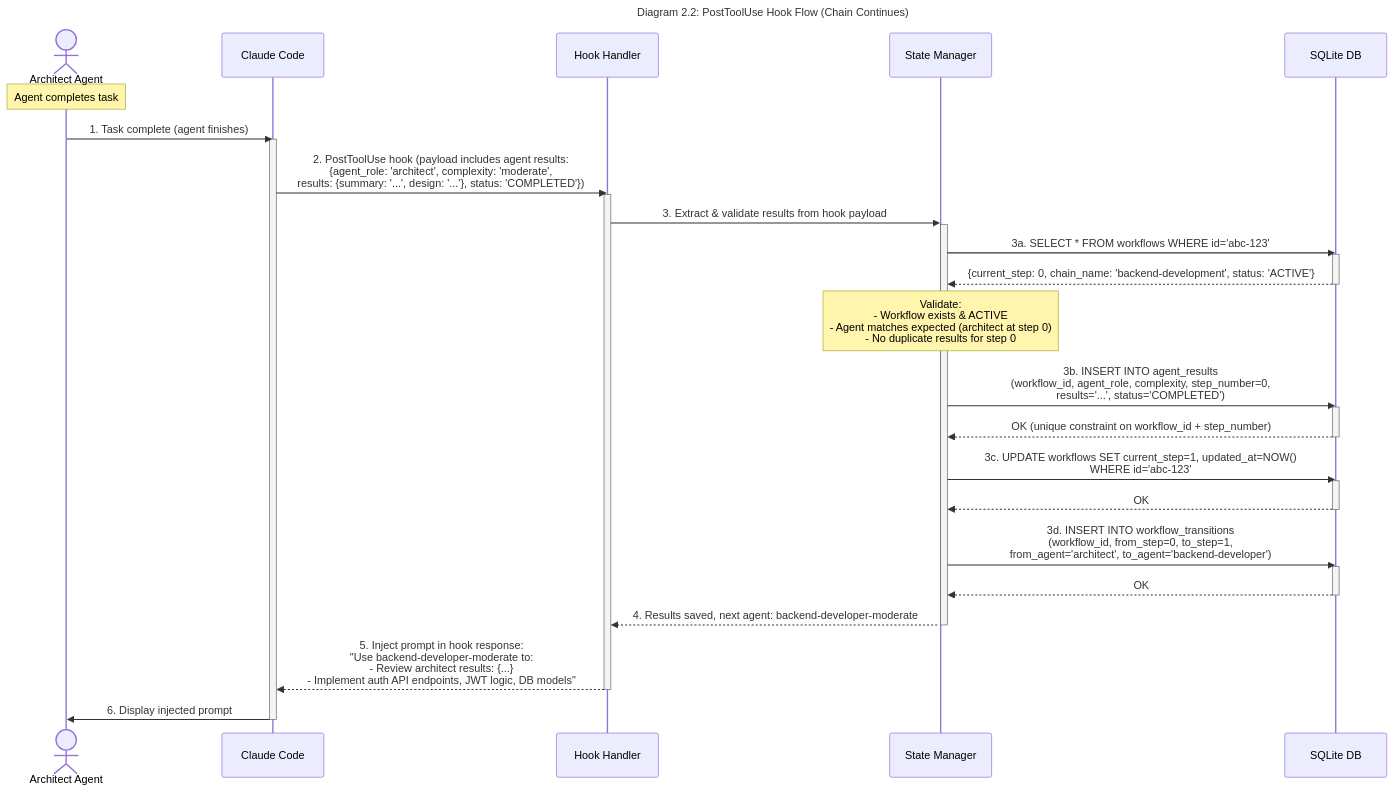
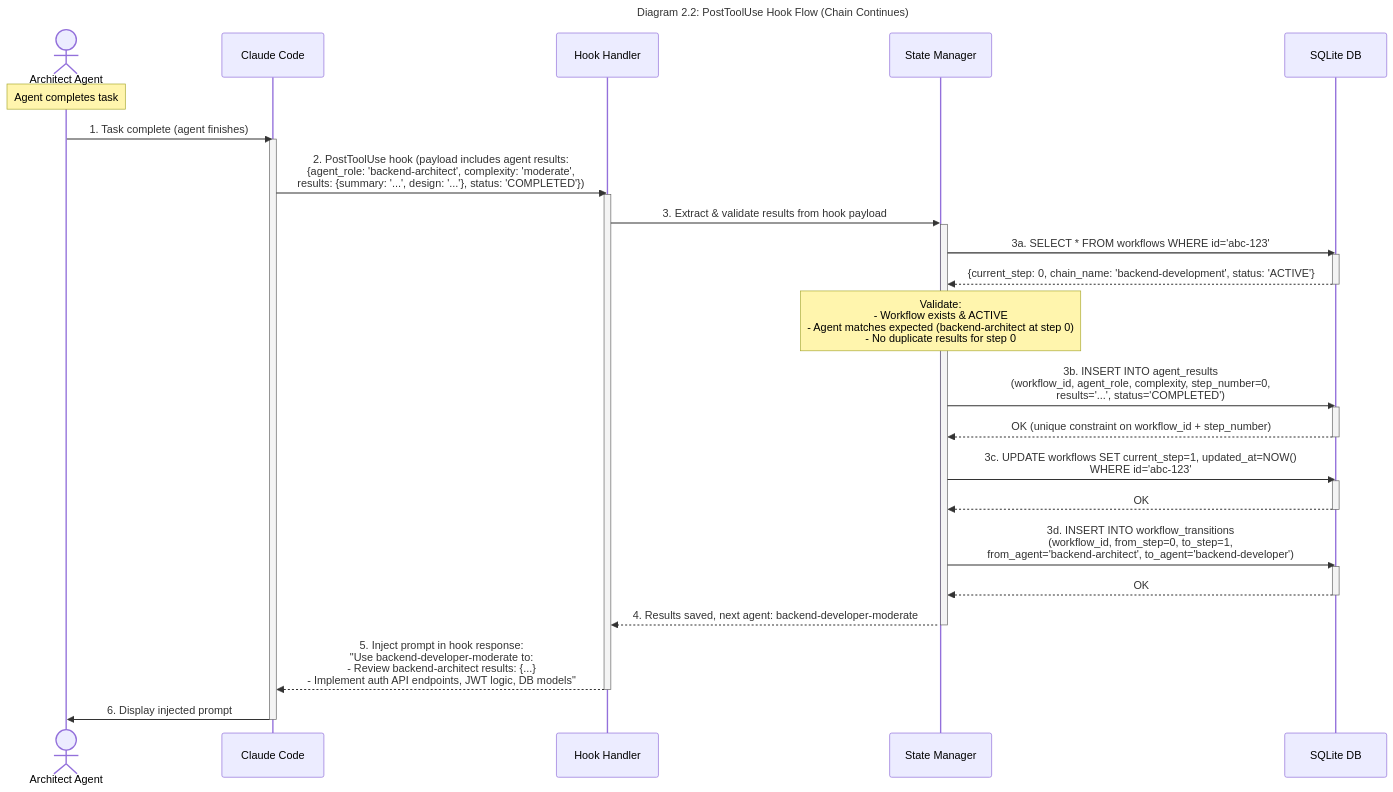
The sixth of 11 diagrams in docs/architecture.md (drevispas/ccorch), drawn with Mermaid before and after one commit. The commit also changed other lines of this file and 4 other files, not shown here.

First line of the commit message:
docs: clarify architect role references as backend-architect or frontend-architect

````diff
--- a/docs/architecture.md
+++ b/docs/architecture.md
@@ -373,52 +375,52 @@
 ```mermaid
 ---
 title: "Diagram 2.2: PostToolUse Hook Flow (Chain Continues)"
 ---
 sequenceDiagram
     actor Agent as Architect Agent
     participant CC as Claude Code
     participant Hook as Hook Handler
     participant StateMgr as State Manager
     participant DB as SQLite DB
 
     Note over Agent: Agent completes task
 
     Agent->>CC: 1. Task complete (agent finishes)
     activate CC
-    CC->>Hook: 2. PostToolUse hook (payload includes agent results:<br/>{agent_role: 'architect', complexity: 'moderate',<br/>results: {summary: '...', design: '...'}, status: 'COMPLETED'})
+    CC->>Hook: 2. PostToolUse hook (payload includes agent results:<br/>{agent_role: 'backend-architect', complexity: 'moderate',<br/>results: {summary: '...', design: '...'}, status: 'COMPLETED'})
     activate Hook
 
     Hook->>StateMgr: 3. Extract & validate results from hook payload
     activate StateMgr
 
     activate StateMgr
     StateMgr->>DB: 3a. SELECT * FROM workflows WHERE id='abc-123'
     activate DB
     DB-->>StateMgr: {current_step: 0, chain_name: 'backend-development', status: 'ACTIVE'}
     deactivate DB
 
-    Note over StateMgr: Validate:<br/>- Workflow exists & ACTIVE<br/>- Agent matches expected (architect at step 0)<br/>- No duplicate results for step 0
+    Note over StateMgr: Validate:<br/>- Workflow exists & ACTIVE<br/>- Agent matches expected (backend-architect at step 0)<br/>- No duplicate results for step 0
 
     StateMgr->>DB: 3b. INSERT INTO agent_results<br/>(workflow_id, agent_role, complexity, step_number=0,<br/>results='...', status='COMPLETED')
     activate DB
     DB-->>StateMgr: OK (unique constraint on workflow_id + step_number)
     deactivate DB
 
     StateMgr->>DB: 3c. UPDATE workflows SET current_step=1, updated_at=NOW()<br/>WHERE id='abc-123'
     activate DB
     DB-->>StateMgr: OK
     deactivate DB
 
-    StateMgr->>DB: 3d. INSERT INTO workflow_transitions<br/>(workflow_id, from_step=0, to_step=1,<br/>from_agent='architect', to_agent='backend-developer')
+    StateMgr->>DB: 3d. INSERT INTO workflow_transitions<br/>(workflow_id, from_step=0, to_step=1,<br/>from_agent='backend-architect', to_agent='backend-developer')
     activate DB
     DB-->>StateMgr: OK
     deactivate DB
 
     StateMgr-->>Hook: 4. Results saved, next agent: backend-developer-moderate
     deactivate StateMgr
 
-    Hook-->>CC: 5. Inject prompt in hook response:<br/>"Use backend-developer-moderate to:<br/>- Review architect results: {...}<br/>- Implement auth API endpoints, JWT logic, DB models"
+    Hook-->>CC: 5. Inject prompt in hook response:<br/>"Use backend-developer-moderate to:<br/>- Review backend-architect results: {...}<br/>- Implement auth API endpoints, JWT logic, DB models"
     deactivate Hook
     CC->>Agent: 6. Display injected prompt
     deactivate CC
 ```
````
